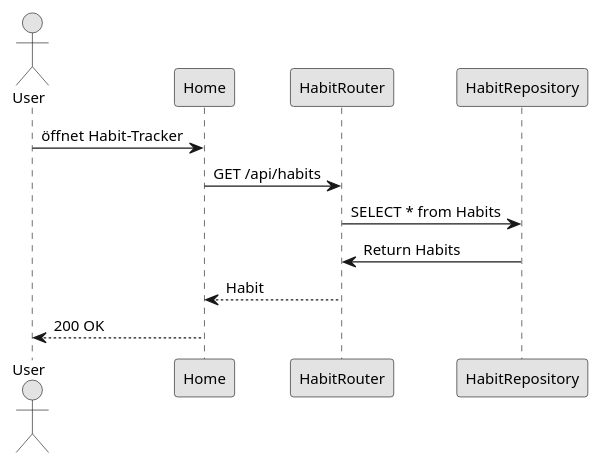
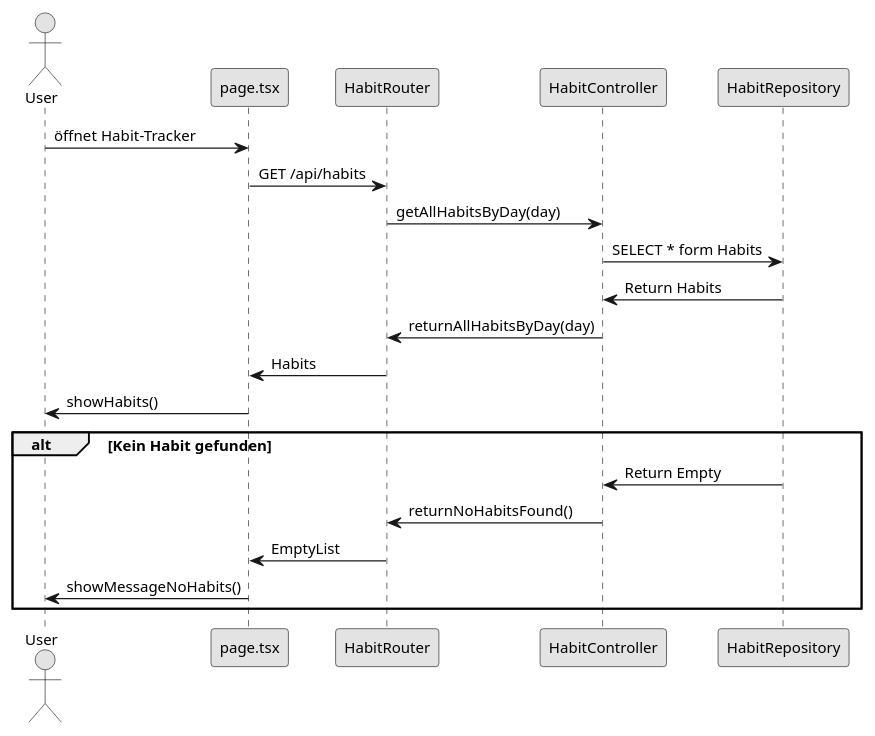
Before and after one commit to nac1dy/Habit-Tracker: the diagram in docs/design-analysis/current-flow.puml, drawn with PlantUML.

Commit message:
docs: improved current flow diagram: better description, added alternative flow

```diff
--- a/docs/design-analysis/current-flow.puml
+++ b/docs/design-analysis/current-flow.puml
@@ -1,18 +1,30 @@
-@startuml
+@startuml current-flow
 
 skinparam monochrome true
 skinparam defaultFontSize 12
 
 actor "User" as user
-participant "Home" as home
+participant "page.tsx" as home
 participant "HabitRouter" as svc
+participant "HabitController" as ctrl
 participant "HabitRepository" as repo
 
 user -> home : öffnet Habit-Tracker
 home -> svc : GET /api/habits
-svc -> repo : SELECT * from Habits
-repo -> svc : Return Habits
-svc --> home : Habit
-home --> user : 200 OK
+svc -> ctrl : getAllHabitsByDay(day)
+ctrl -> repo : SELECT * form Habits
+repo -> ctrl : Return Habits
+ctrl -> svc : returnAllHabitsByDay(day)
+svc -> home : Habits
+home -> user : showHabits()
+
+alt Kein Habit gefunden
+
+repo -> ctrl : Return Empty
+ctrl -> svc : returnNoHabitsFound()
+svc -> home : EmptyList
+home -> user : showMessageNoHabits()
+
+end
 
 @enduml
```
